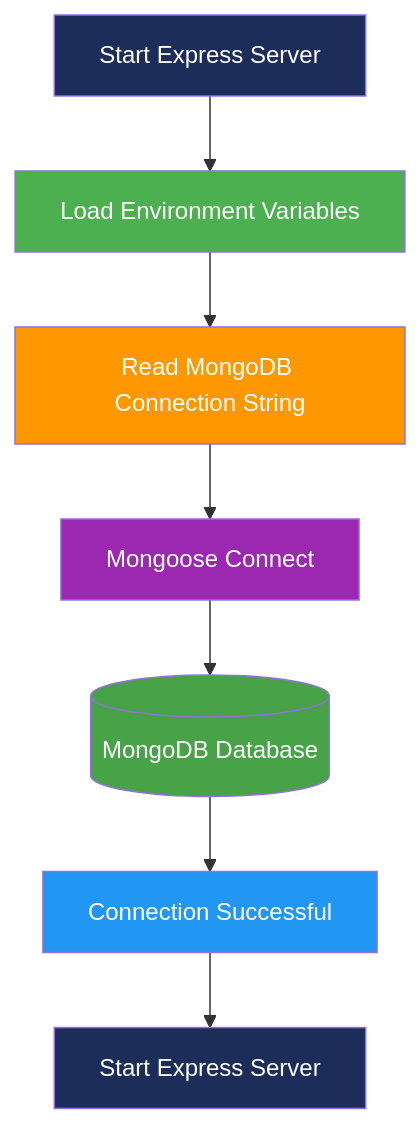
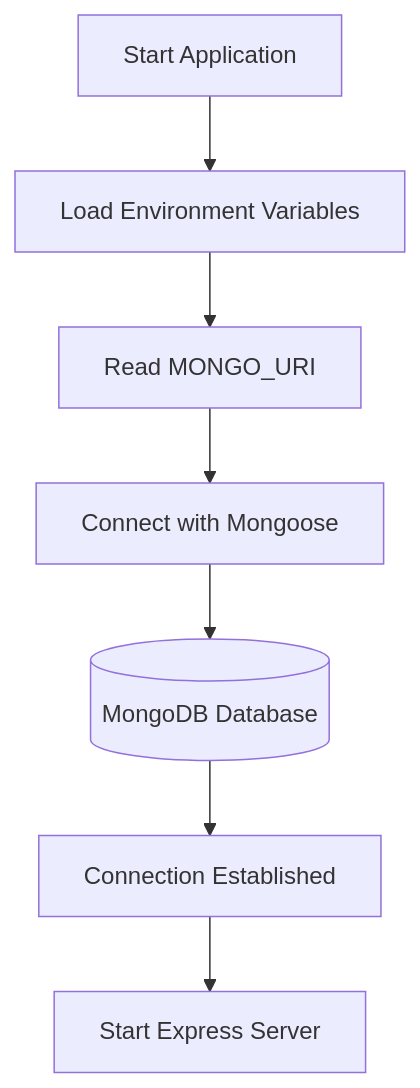
One commit to Rajesh-sr-sr/Nutrition-Assistant- changed the diagram in 12.Configure MongoDB/Configure_MongoDB.md. Above: the diagram before and after it, drawn with Mermaid. The commit also changed other lines of this file, not shown here.

````diff
--- a/12.Configure MongoDB/Configure_MongoDB.md
+++ b/12.Configure MongoDB/Configure_MongoDB.md
@@ -116,25 +123,11 @@
-```mermaid
+```mermaid id="f6a8d3"
 graph TD
 
-A[Start Express Server]
-
+A[Start Application]
 A --> B[Load Environment Variables]
-
-B --> C[Read MongoDB Connection String]
-
-C --> D[Mongoose Connect]
-
+B --> C[Read MONGO_URI]
+C --> D[Connect with Mongoose]
 D --> E[(MongoDB Database)]
-
-E --> F[Connection Successful]
-
+E --> F[Connection Established]
 F --> G[Start Express Server]
-
-style A fill:#1c2d5a,color:#fff
-style B fill:#4CAF50,color:#fff
-style C fill:#FF9800,color:#fff
-style D fill:#9C27B0,color:#fff
-style E fill:#47A248,color:#fff
-style F fill:#2196F3,color:#fff
-style G fill:#1c2d5a,color:#fff
 ```
````
